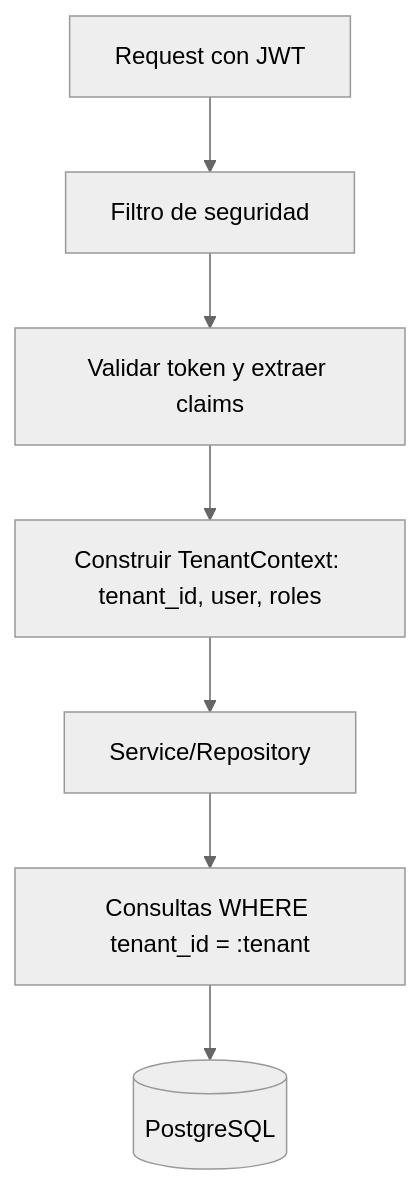
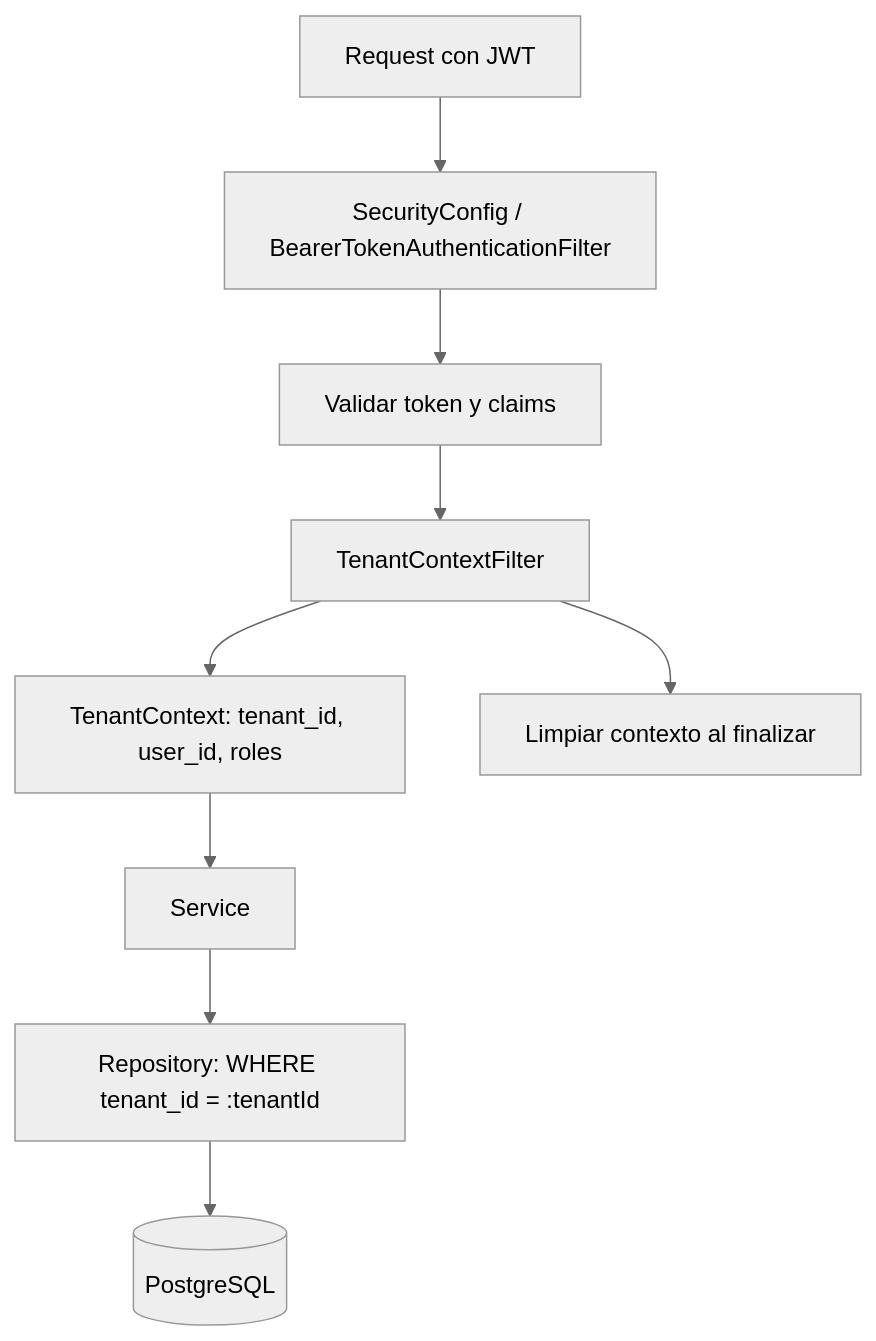
Before and after one commit to dilandcv/BankOs: the diagram in backend/docs/security/multitenancy.md, drawn with Mermaid (neutral theme). The commit also changed other lines of this file and 163 other files, not shown here.

````diff
--- a/backend/docs/security/multitenancy.md
+++ b/backend/docs/security/multitenancy.md
@@ -20,9 +17,11 @@
 ```mermaid
 flowchart TD
-  R[Request con JWT] --> F[Filtro de seguridad]
-  F --> V[Validar token y extraer claims]
-  V --> C[Construir TenantContext: tenant_id, user, roles]
-  C --> S[Service/Repository]
-  S --> Q[Consultas WHERE tenant_id = :tenant]
+  R[Request con JWT] --> F[SecurityConfig / BearerTokenAuthenticationFilter]
+  F --> V[Validar token y claims]
+  V --> T[TenantContextFilter]
+  T --> C[TenantContext: tenant_id, user_id, roles]
+  C --> S[Service]
+  S --> Q[Repository: WHERE tenant_id = :tenantId]
   Q --> D[(PostgreSQL)]
+  T --> X[Limpiar contexto al finalizar]
 ```
````
